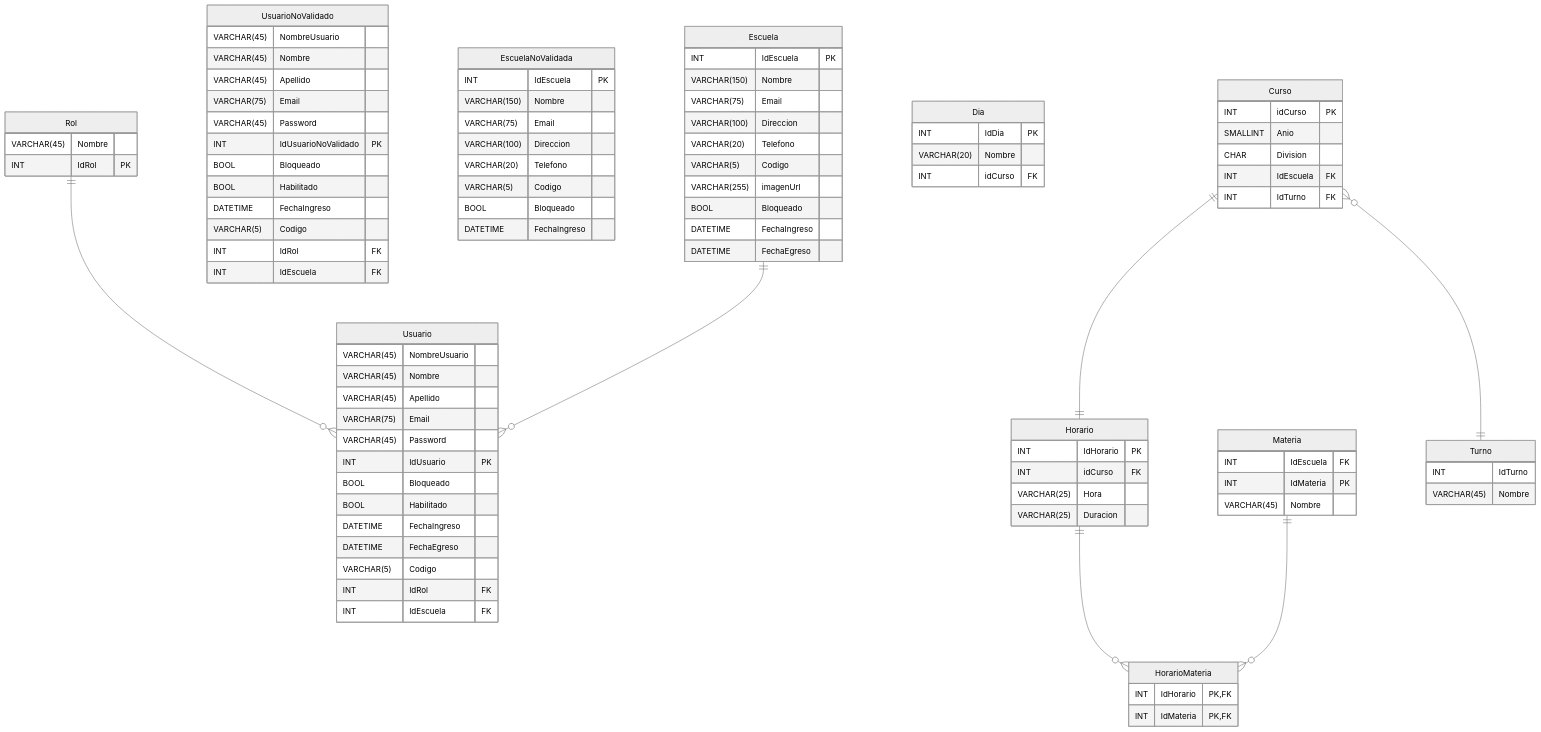
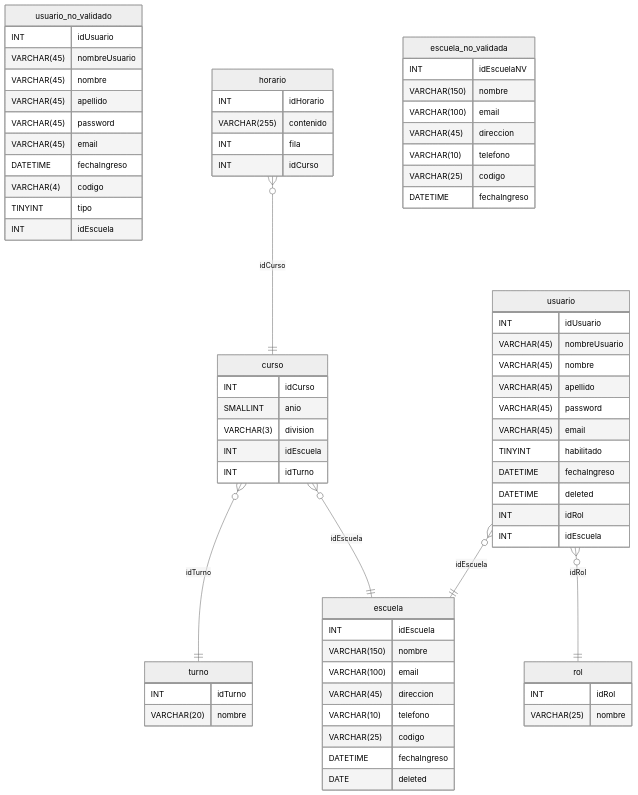
The diagram in backend/DER.md (frank321312/EduFacil), drawn with Mermaid (neutral theme) before and after one commit. The commit also changed 44 other files, not shown here.

````diff
--- a/backend/DER.md
+++ b/backend/DER.md
@@ -3,106 +3,81 @@
 ```mermaid
-    erDiagram
-    Rol {
-        VARCHAR(45) Nombre
-        INT IdRol PK
+erDiagram
+    usuario_no_validado {
+        INT idUsuario
+        VARCHAR(45) nombreUsuario
+        VARCHAR(45) nombre
+        VARCHAR(45) apellido
+        VARCHAR(45) password
+        VARCHAR(45) email
+        DATETIME fechaIngreso
+        VARCHAR(4) codigo
+        TINYINT tipo
+        INT idEscuela
     }
-
-    UsuarioNoValidado {
-        VARCHAR(45) NombreUsuario
-        VARCHAR(45) Nombre
-        VARCHAR(45) Apellido
-        VARCHAR(75) Email
-        VARCHAR(45) Password
-        INT IdUsuarioNoValidado PK
-        BOOL Bloqueado
-        BOOL Habilitado
-        DATETIME FechaIngreso
-        VARCHAR(5) Codigo
-        INT IdRol FK
-        INT IdEscuela FK
+    
+    turno {
+        INT idTurno
+        VARCHAR(20) nombre
     }
-
-    Usuario {
-        VARCHAR(45) NombreUsuario
-        VARCHAR(45) Nombre
-        VARCHAR(45) Apellido
-        VARCHAR(75) Email
-        VARCHAR(45) Password
-        INT IdUsuario PK
-        BOOL Bloqueado
-        BOOL Habilitado
-        DATETIME FechaIngreso
-        DATETIME FechaEgreso
-        VARCHAR(5) Codigo
-        INT IdRol FK
-        INT IdEscuela FK
+    
+    curso {
+        INT idCurso
+        SMALLINT anio
+        VARCHAR(3) division
+        INT idEscuela
+        INT idTurno
     }
-  
-    EscuelaNoValidada {
-        INT IdEscuela PK
-        VARCHAR(150) Nombre
-        VARCHAR(75) Email
-        VARCHAR(100) Direccion
-        VARCHAR(20) Telefono
-        VARCHAR(5) Codigo
-        BOOL Bloqueado
-        DATETIME FechaIngreso
+    
+    horario {
+        INT idHorario
+        VARCHAR(255) contenido
+        INT fila
+        INT idCurso
     }
-
-    Escuela {
-        INT IdEscuela PK
-        VARCHAR(150) Nombre
-        VARCHAR(75) Email
-        VARCHAR(100) Direccion
-        VARCHAR(20) Telefono
-        VARCHAR(5) Codigo
-        VARCHAR(255) imagenUrl
-        BOOL Bloqueado
-        DATETIME FechaIngreso
-        DATETIME FechaEgreso
+    
+    escuela {
+        INT idEscuela
+        VARCHAR(150) nombre
+        VARCHAR(100) email
+        VARCHAR(45) direccion
+        VARCHAR(10) telefono
+        VARCHAR(25) codigo
+        DATETIME fechaIngreso
+        DATE deleted
     }
-
-    Horario {
-        INT IdHorario PK
-        INT idCurso FK
-        VARCHAR(25) Hora
-        VARCHAR(25) Duracion
+    
+    usuario {
+        INT idUsuario
+        VARCHAR(45) nombreUsuario
+        VARCHAR(45) nombre
+        VARCHAR(45) apellido
+        VARCHAR(45) password
+        VARCHAR(45) email
+        TINYINT habilitado
+        DATETIME fechaIngreso
+        DATETIME deleted
+        INT idRol
+        INT idEscuela
     }
-
-    Dia {
-        INT IdDia PK
-        VARCHAR(20) Nombre
-        INT idCurso FK
+    
+    rol {
+        INT idRol
+        VARCHAR(25) nombre
     }
-
-    Materia {
-        INT IdEscuela FK
-        INT IdMateria PK
-        VARCHAR(45) Nombre
+    
+    escuela_no_validada {
+        INT idEscuelaNV
+        VARCHAR(150) nombre
+        VARCHAR(100) email
+        VARCHAR(45) direccion
+        VARCHAR(10) telefono
+        VARCHAR(25) codigo
+        DATETIME fechaIngreso
     }
-
-    HorarioMateria {
-        INT IdHorario PK, FK
-        INT IdMateria PK, FK
-    }
-
-    Curso {
-        INT idCurso PK
-        SMALLINT Anio
-        CHAR Division
-        INT IdEscuela FK
-        INT IdTurno FK
-    }
-
-    Turno {
-        INT IdTurno
-        VARCHAR(45) Nombre
-    }
-
-    Rol ||--o{ Usuario : ""
-    Curso }o--|| Turno: ""
-    Curso ||--|| Horario: ""
-    Escuela ||--o{ Usuario: ""
-    Horario ||--o{ HorarioMateria: ""
-    Materia ||--o{ HorarioMateria: ""
+    
+    curso }o--|| turno : "idTurno"
+    curso }o--|| escuela : "idEscuela"
+    horario }o--|| curso : "idCurso"
+    usuario }o--|| rol : "idRol"
+    usuario }o--|| escuela : "idEscuela"
 ```
````
